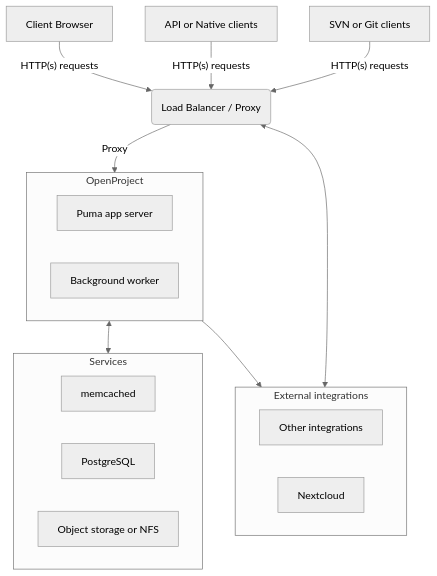
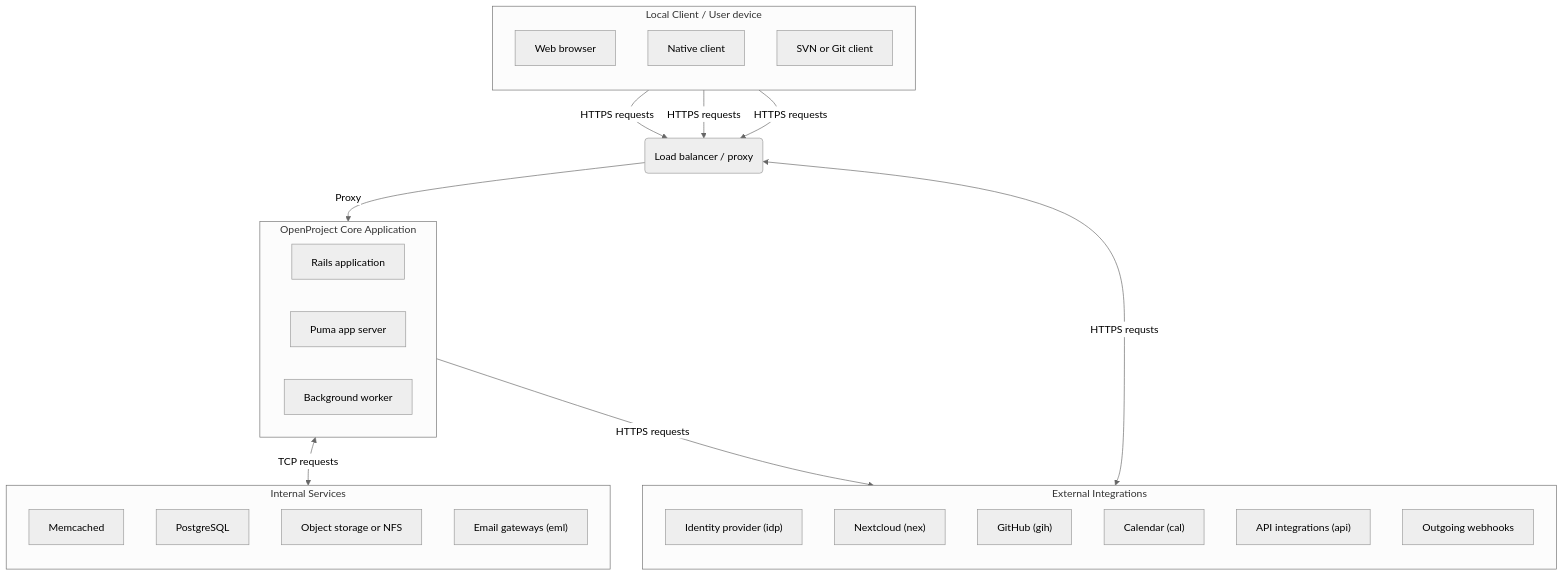
One commit to opf/openproject changed the diagram in docs/development/application-architecture/README.md. Above: the diagram before and after it, drawn with Mermaid. The commit also changed other lines of this file and 1383 other files, not shown here.

````diff
--- a/docs/development/application-architecture/README.md
+++ b/docs/development/application-architecture/README.md
@@ -14,32 +14,50 @@
 ```mermaid
 %%{init: {'theme':'neutral'}}%%
 
 flowchart TD
-  A[Client Browser] -->|"HTTP(s) requests"| B(Load Balancer / Proxy)
-  A1[API or Native clients] -->|"HTTP(s) requests"| B(Load Balancer / Proxy)
-  A2[SVN or Git clients] -->|"HTTP(s) requests"| B(Load Balancer / Proxy)
-  B -->|Proxy| openproject
-
-  subgraph openproject[OpenProject]
+  browser[Web browser] -->|"HTTPS requests"| loadbalancer(Load balancer / proxy)
+  A1[Native client] -->|"HTTPS requests"| loadbalancer
+  A2[SVN or Git client] -->|"HTTPS requests"| loadbalancer
+  loadbalancer -->|Proxy| openproject
+  
+  subgraph openproject[OpenProject Core Application]
+    openprojectrailsapp[Rails application]
     C[Puma app server]
     D[Background worker]
   end
 
 
-  subgraph integrations[External integrations]
-	  O[Other integrations]
-    N[Nextcloud]
-  end
+  subgraph integrations[External Integrations]
+  direction TB
+    idp["Identity provider (idp)"]
+    nex["Nextcloud (nex)"]
+    gih["GitHub (gih)"]
+    cal["Calendar (cal)"]
+  	O["API integrations (api)"]
+    W["Outgoing webhooks"]
+end
 
-  subgraph services[Services]
-  	M[memcached]
+  subgraph services[Internal Services]
+  direction TB
+  	M[Memcached]
 	  P[PostgreSQL]
 	  S[Object storage or NFS]
+	  email["Email gateways (eml)"]
   end
 
 
-  openproject <--> services
-  openproject --> integrations
-  B <--> integrations
+  openproject <-->|"TCP requests"| services
+  openproject -->|"HTTPS requests"| integrations
+  loadbalancer <-->|"HTTPS requsts"| integrations
+  
+  subgraph localclients[Local Client / User device]
+  direction TB
+	browser
+	A1
+	A2	
+	
+	
+end
+
 
 ```
````
